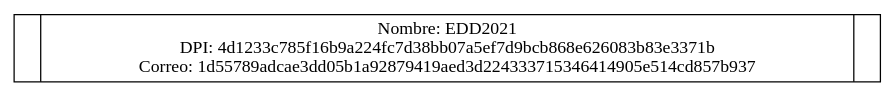
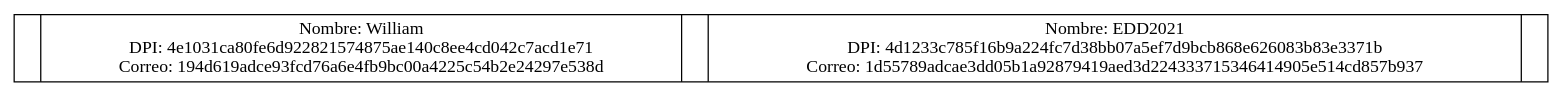
One commit to William58-0/201909103_ProyectoEDD changed the diagram in backend/diagrama.dot. Above: the diagram before and after it, drawn with Graphviz. The commit also changed 5 other files, not shown here.

```diff
--- a/backend/diagrama.dot
+++ b/backend/diagrama.dot
@@ -1,4 +1,4 @@
 digraph G{
 node[shape=record]
-node0xc0000c2e10[label="<f0>|<f1>Nombre: EDD2021\nDPI: 4d1233c785f16b9a224fc7d38bb07a5ef7d9bcb868e626083b83e3371b\nCorreo: 1d55789adcae3dd05b1a92879419aed3d224333715346414905e514cd857b937|<f2>"]
+node0xc000384330[label="<f0>|<f1>Nombre: William\nDPI: 4e1031ca80fe6d922821574875ae140c8ee4cd042c7acd1e71\nCorreo: 194d619adce93fcd76a6e4fb9bc00a4225c54b2e24297e538d|<f2>|<f3>Nombre: EDD2021\nDPI: 4d1233c785f16b9a224fc7d38bb07a5ef7d9bcb868e626083b83e3371b\nCorreo: 1d55789adcae3dd05b1a92879419aed3d224333715346414905e514cd857b937|<f4>"]
 }
```
